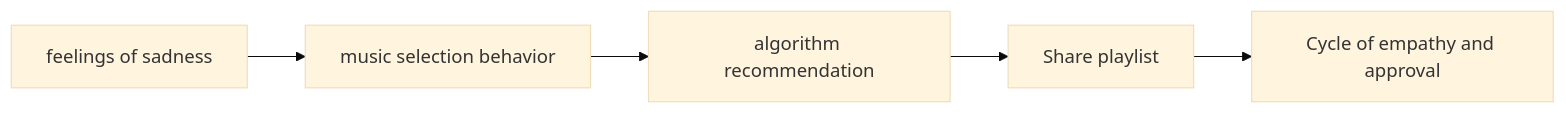
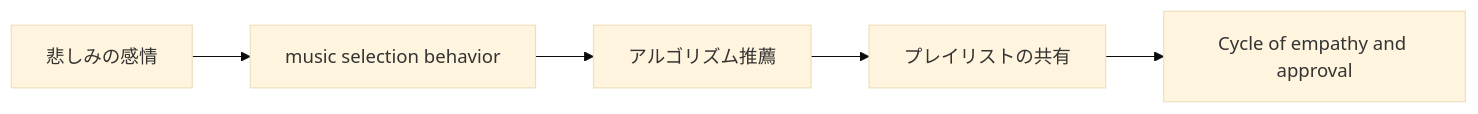
Before and after one commit to monumental-movement/monumental-movement.github.io: the second of 4 diagrams in en/_posts/2025-10-23-column-why-we-listen-to-music-when-sad.md, drawn with Mermaid (base theme). The commit also changed other lines of this file and 2196 other files, not shown here.

```diff
--- a/en/_posts/2025-10-23-column-why-we-listen-to-music-when-sad.md
+++ b/en/_posts/2025-10-23-column-why-we-listen-to-music-when-sad.md
@@ -135,9 +134,9 @@
 <div class="mermaid">
 
 graph LR
-    A[feelings of sadness] --> B[music selection behavior]
-    B --> C[algorithm recommendation]
-    C --> D[Share playlist]
+    A[悲しみの感情] --> B[music selection behavior]
+    B --> C[アルゴリズム推薦]
+    C --> D[プレイリストの共有]
     D --> E[Cycle of empathy and approval]
 
 </div>
```
